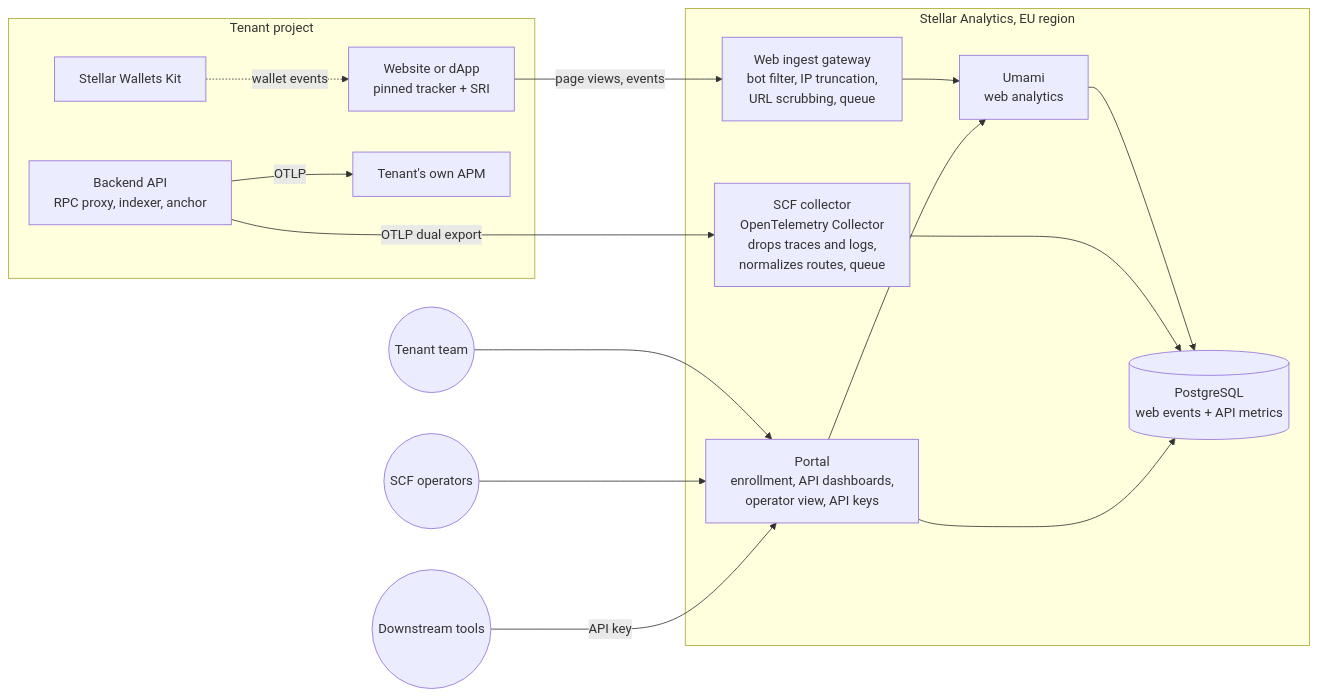
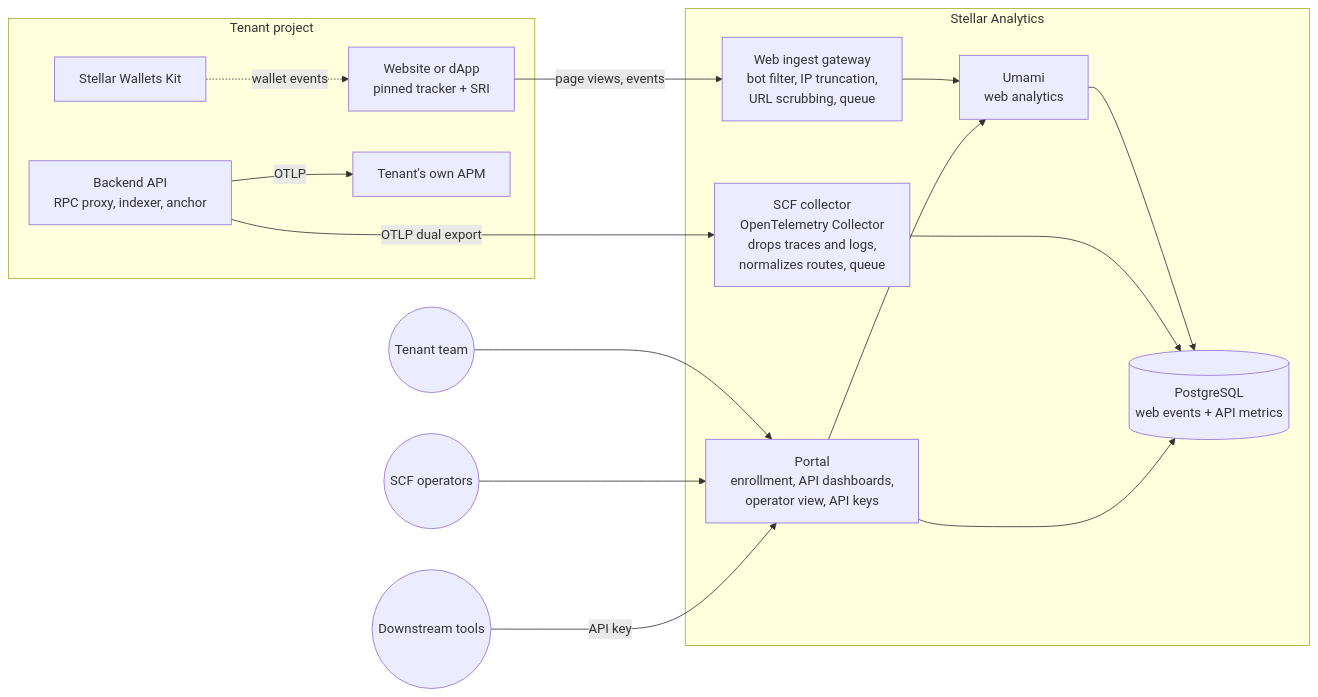
The first of 2 diagrams in docs/architecture.md (walnuthq/stellar-analytics), drawn with Mermaid before and after one commit. The commit also changed other lines of this file, not shown here.

Commit message:
Mention the EU only for data residency in the architecture doc

````diff
--- a/docs/architecture.md
+++ b/docs/architecture.md
@@ -20,26 +20,26 @@
 ```mermaid
 flowchart LR
   subgraph T["Tenant project"]
     SITE["Website or dApp<br/>pinned tracker + SRI"]
     KIT["Stellar Wallets Kit"]
     API["Backend API<br/>RPC proxy, indexer, anchor"]
     APM["Tenant's own APM"]
   end
-  subgraph S["Stellar Analytics, EU region"]
+  subgraph S["Stellar Analytics"]
     GW["Web ingest gateway<br/>bot filter, IP truncation,<br/>URL scrubbing, queue"]
     UM["Umami<br/>web analytics"]
     COL["SCF collector<br/>OpenTelemetry Collector<br/>drops traces and logs,<br/>normalizes routes, queue"]
     PG[("PostgreSQL<br/>web events + API metrics")]
     PORTAL["Portal<br/>enrollment, API dashboards,<br/>operator view, API keys"]
   end
   KIT -. wallet events .-> SITE
   SITE -- page views, events --> GW
   GW --> UM --> PG
   API -- OTLP --> APM
   API -- OTLP dual export --> COL --> PG
   PORTAL --> PG
   PORTAL --> UM
   TEAM(("Tenant team")) --> PORTAL
   OPS(("SCF operators")) --> PORTAL
   BOTS(("Downstream tools")) -- API key --> PORTAL
 ```
````
